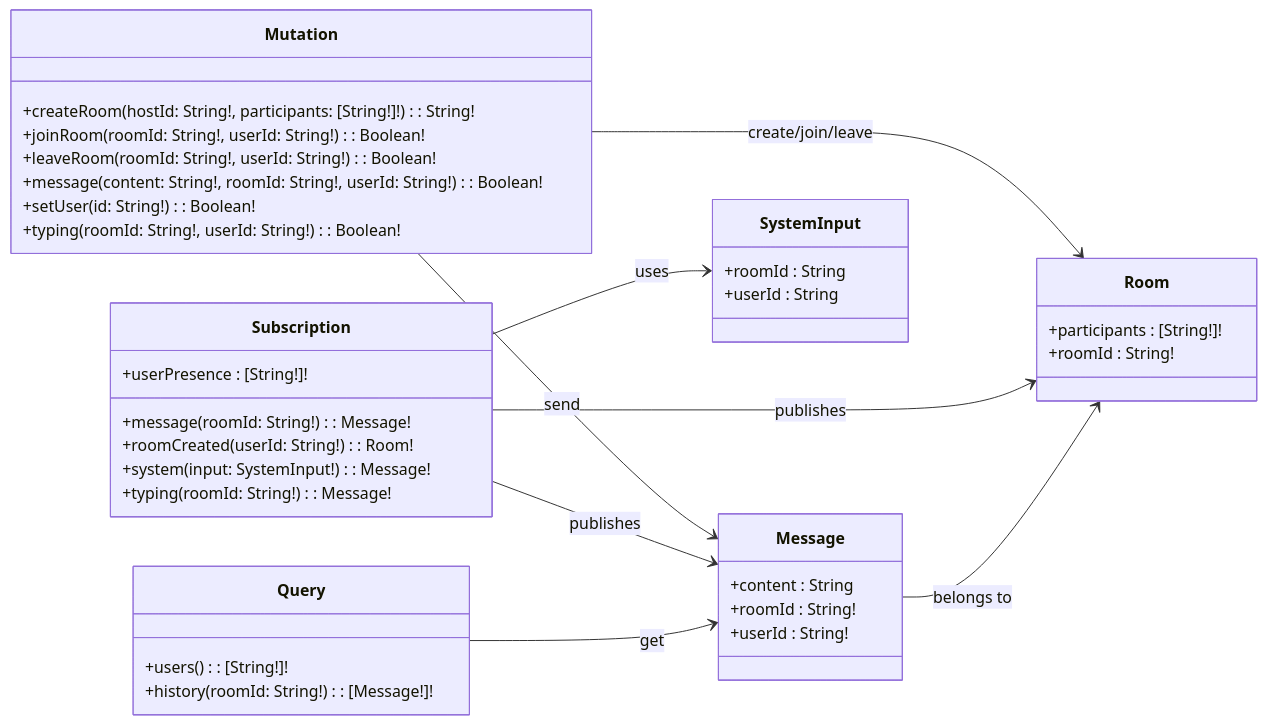
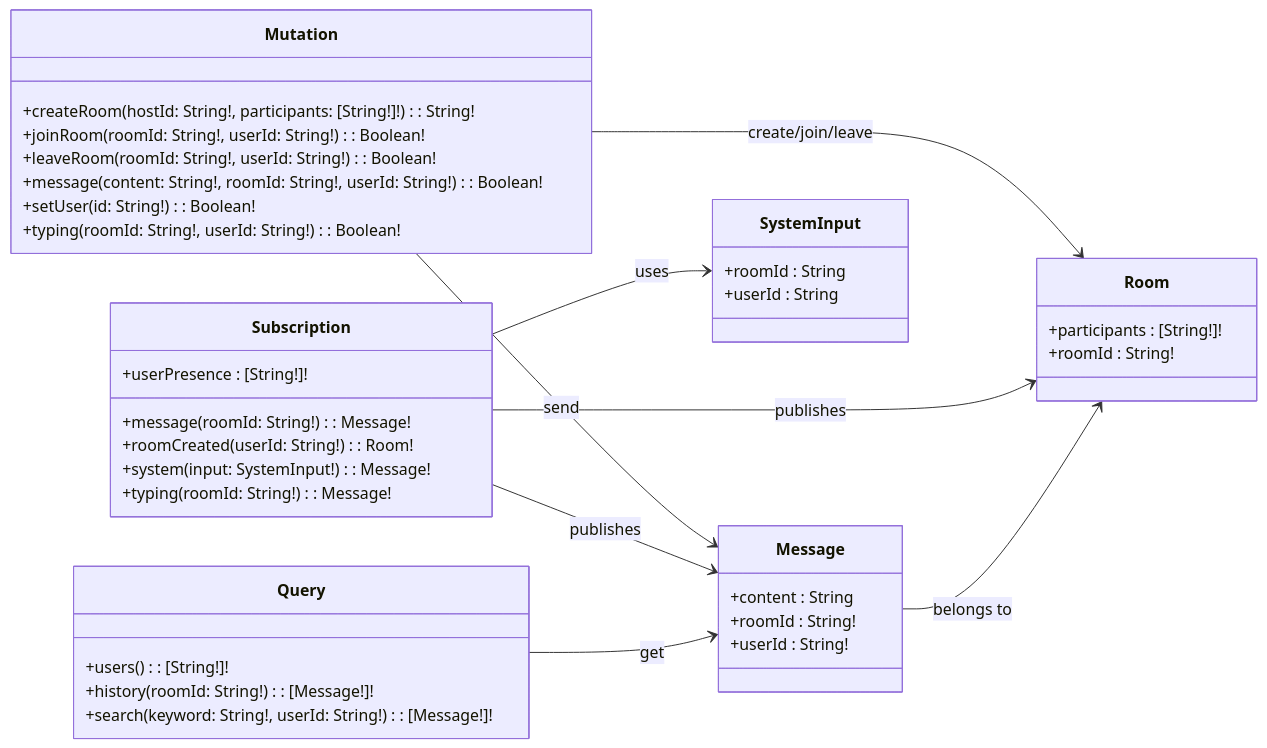
One commit to NarciSource/Chat-GraphQL changed the second of 3 diagrams in README.md. Above: the diagram before and after it, drawn with Mermaid. The commit also changed other lines of this file, not shown here.

````diff
--- a/README.md
+++ b/README.md
@@ -154,51 +161,52 @@
 ```mermaid
 classDiagram
   direction LR
 
   class Message {
     +content : String
     +roomId : String!
     +userId : String!
   }
 
   class Room {
     +participants : [String!]!
     +roomId : String!
   }
 
   class SystemInput {
     +roomId : String
     +userId : String
   }
 
   class Query {
     +users() : [String!]!
     +history(roomId: String!) : [Message!]!
+    +search(keyword: String!, userId: String!) : [Message!]!
   }
 
   class Mutation {
     +createRoom(hostId: String!, participants: [String!]!) : String!
     +joinRoom(roomId: String!, userId: String!) : Boolean!
     +leaveRoom(roomId: String!, userId: String!) : Boolean!
     +message(content: String!, roomId: String!, userId: String!) : Boolean!
     +setUser(id: String!) : Boolean!
     +typing(roomId: String!, userId: String!) : Boolean!
   }
 
   class Subscription {
     +message(roomId: String!) : Message!
     +roomCreated(userId: String!) : Room!
     +system(input: SystemInput!) : Message!
     +typing(roomId: String!) : Message!
     +userPresence : [String!]!
   }
 
   %% 관계
   Mutation --> Room : create/join/leave
   Mutation --> Message : send
   Subscription --> Message : publishes
   Subscription --> Room : publishes
   Subscription --> SystemInput : uses
   Message --> Room : belongs to
   Query --> Message : get
 ```
````
